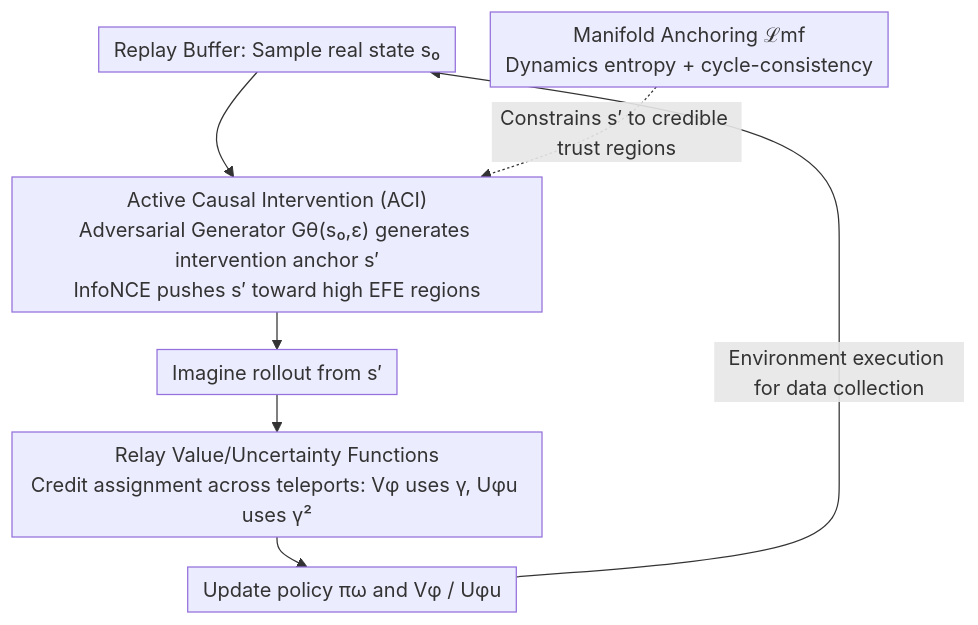
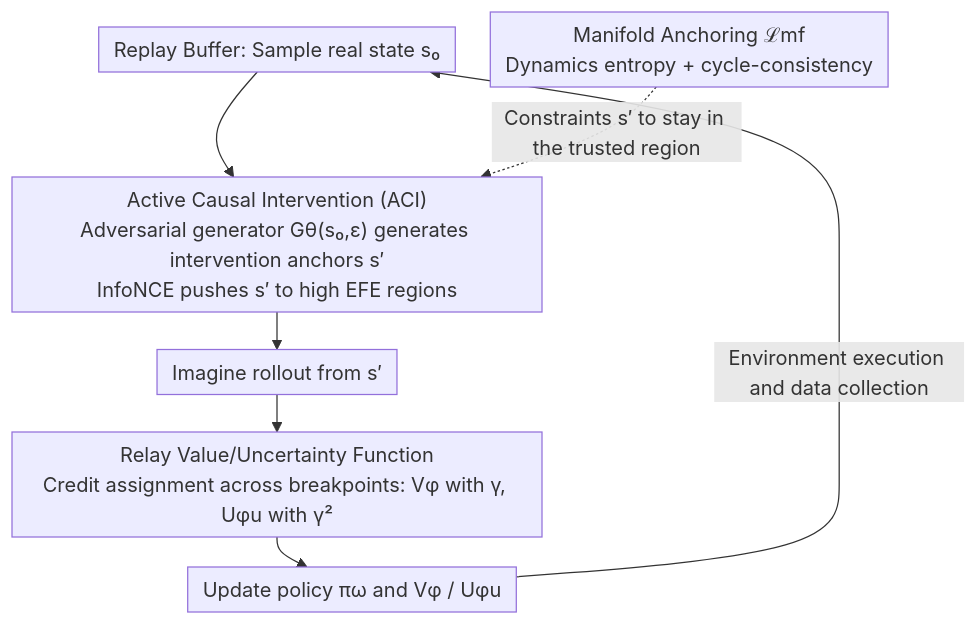
Before and after one commit to zhaoyang97/Paper-Notes-en: the diagram in docs/ICML2026/reinforcement_learning/mind_dreamer_untethering_imagination_via_active_causal_intervention_on_latent_ma.md, drawn with Mermaid. The commit also changed other lines of this file and 5084 other files, not shown here.

````diff
--- a/docs/ICML2026/reinforcement_learning/mind_dreamer_untethering_imagination_via_active_causal_intervention_on_latent_ma.md
+++ b/docs/ICML2026/reinforcement_learning/mind_dreamer_untethering_imagination_via_active_causal_intervention_on_latent_ma.md
@@ -48,10 +48,10 @@
 ```mermaid
 %%{init: {'flowchart': {'rankSpacing': 24, 'nodeSpacing': 28, 'padding': 6, 'wrappingWidth': 400}}}%%
 flowchart TD
-    D["Replay Buffer: Sample real state s₀"] --> G["Active Causal Intervention (ACI)<br/>Adversarial Generator Gθ(s₀,ε) generates intervention anchor s′<br/>InfoNCE pushes s′ toward high EFE regions"]
+    D["Replay Buffer: Sample real state s₀"] --> G["Active Causal Intervention (ACI)<br/>Adversarial generator Gθ(s₀,ε) generates intervention anchors s′<br/>InfoNCE pushes s′ to high EFE regions"]
     G --> R["Imagine rollout from s′"]
-    R --> RELAY["Relay Value/Uncertainty Functions<br/>Credit assignment across teleports: Vφ uses γ, Uφu uses γ²"]
+    R --> RELAY["Relay Value/Uncertainty Function<br/>Credit assignment across breakpoints: Vφ with γ, Uφu with γ²"]
     RELAY --> POL["Update policy πω and Vφ / Uφu"]
-    MF["Manifold Anchoring ℒmf<br/>Dynamics entropy + cycle-consistency"] -. Constrains s′ to credible trust regions .-> G
-    POL -->|Environment execution for data collection| D
+    MF["Manifold Anchoring ℒmf<br/>Dynamics entropy + cycle-consistency"] -. Constraints s′ to stay in the trusted region .-> G
+    POL -->|Environment execution and data collection| D
 ```
````
